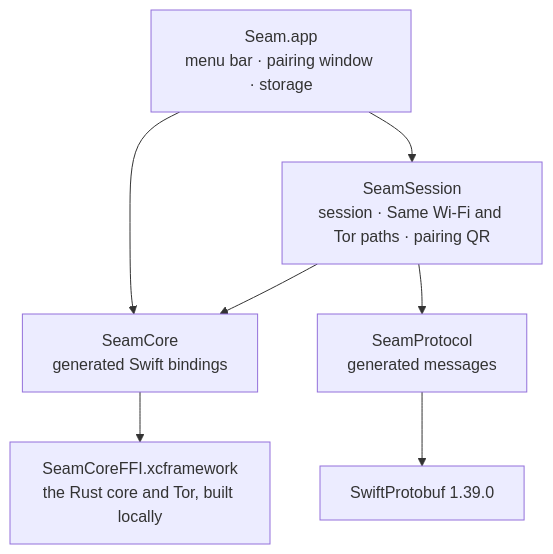
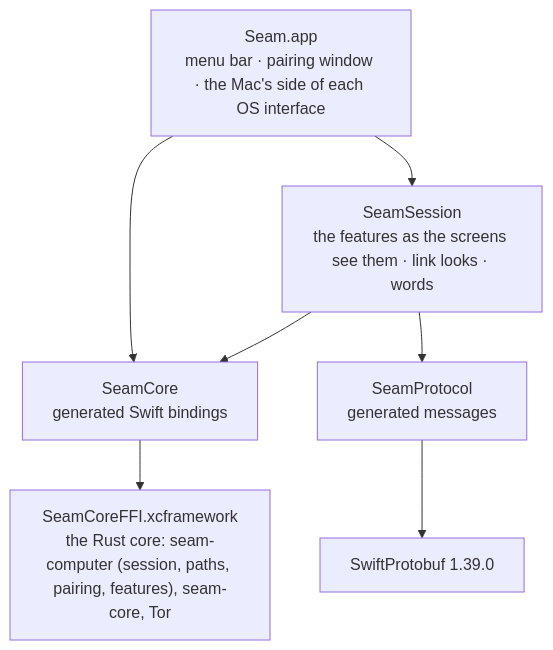
One commit to aveterosystems/seam changed the diagram in apps/mac/README.md. Above: the diagram before and after it, drawn with Mermaid. The commit also changed other lines of this file and 132 other files, not shown here.

First line of the commit message:
The Mac runs on seam-computer: one session layer in Rust for every computer (#73)

````diff
--- a/apps/mac/README.md
+++ b/apps/mac/README.md
@@ -9,9 +9,9 @@
 ```mermaid
 flowchart TB
-    App["Seam.app<br/>menu bar · pairing window · storage"] --> SS["SeamSession<br/>session · Same Wi‑Fi and Tor paths · pairing QR"]
+    App["Seam.app<br/>menu bar · pairing window · the Mac's side of each OS interface"] --> SS["SeamSession<br/>the features as the screens see them · link looks · words"]
     App --> SC
     SS --> SC["SeamCore<br/>generated Swift bindings"]
     SS --> SP["SeamProtocol<br/>generated messages"]
-    SC --> FFI["SeamCoreFFI.xcframework<br/>the Rust core and Tor, built locally"]
+    SC --> FFI["SeamCoreFFI.xcframework<br/>the Rust core: seam-computer (session, paths, pairing, features), seam-core, Tor"]
     SP --> SPB["SwiftProtobuf 1.39.0"]
 ```
````
